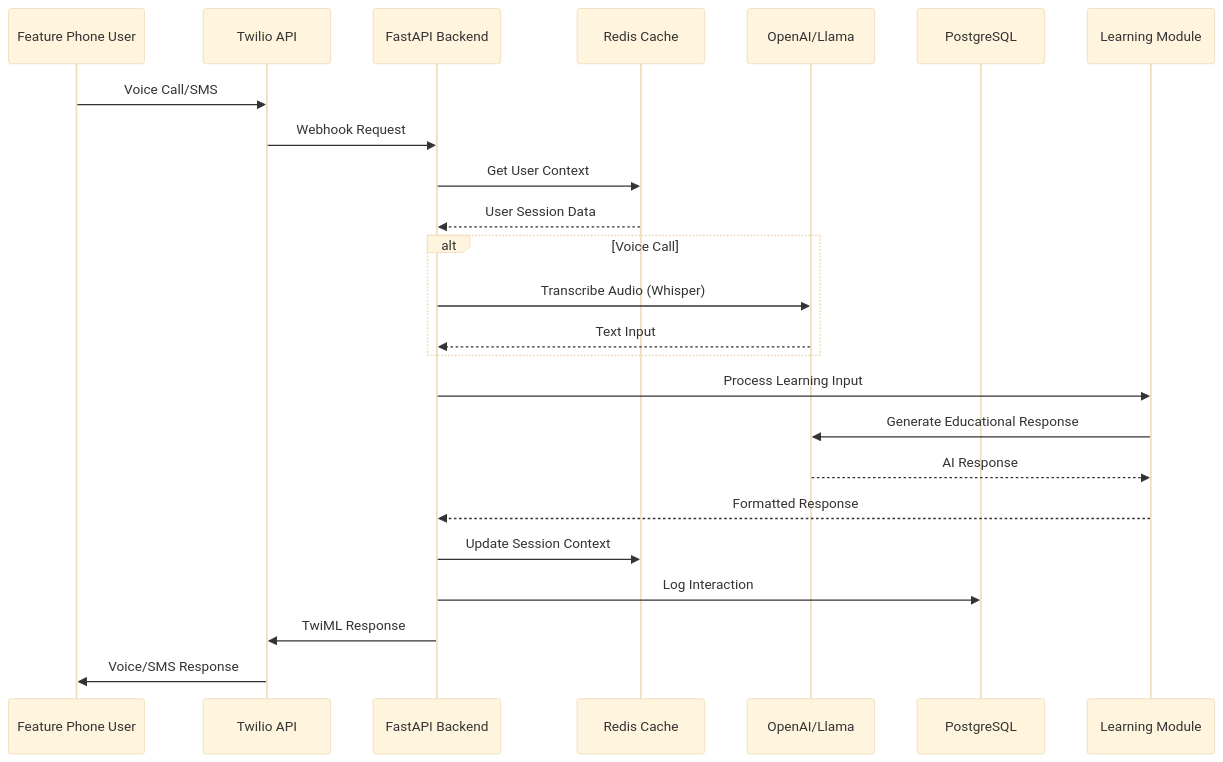
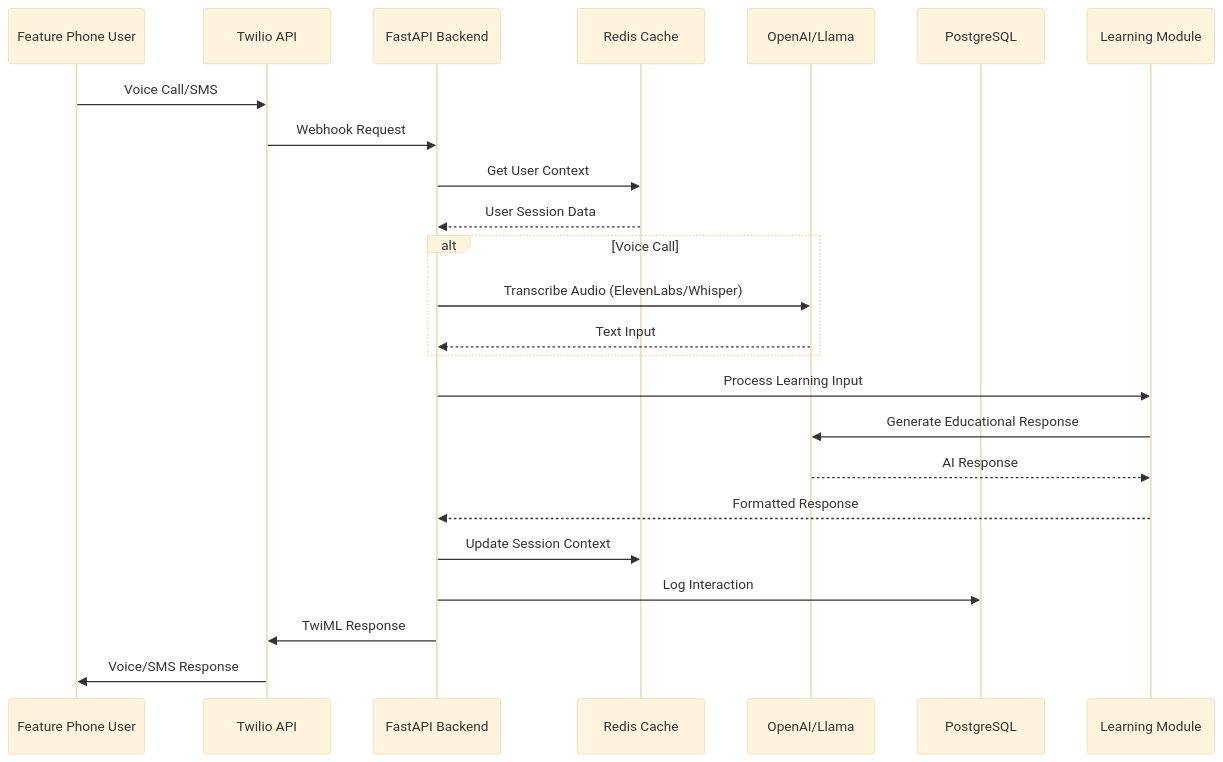
One commit to bakameai/mvp changed the second of 9 diagrams in BAKAME_Architecture_Diagrams.md. Above: the diagram before and after it, drawn with Mermaid (base theme). The commit also changed other lines of this file and 9 other files, not shown here.

First line of the commit message:
Integrate ElevenLabs ConvAI WebSocket functionality

````diff
--- a/BAKAME_Architecture_Diagrams.md
+++ b/BAKAME_Architecture_Diagrams.md
@@ -98,30 +99,30 @@
 ```mermaid
 sequenceDiagram
     participant User as Feature Phone User
     participant Twilio as Twilio API
     participant API as FastAPI Backend
     participant Redis as Redis Cache
     participant AI as OpenAI/Llama
     participant DB as PostgreSQL
     participant Module as Learning Module
     
     User->>Twilio: Voice Call/SMS
     Twilio->>API: Webhook Request
     API->>Redis: Get User Context
     Redis-->>API: User Session Data
     
     alt Voice Call
-        API->>AI: Transcribe Audio (Whisper)
+        API->>AI: Transcribe Audio (ElevenLabs/Whisper)
         AI-->>API: Text Input
     end
     
     API->>Module: Process Learning Input
     Module->>AI: Generate Educational Response
     AI-->>Module: AI Response
     Module-->>API: Formatted Response
     
     API->>Redis: Update Session Context
     API->>DB: Log Interaction
     API->>Twilio: TwiML Response
     Twilio->>User: Voice/SMS Response
 ```
````
